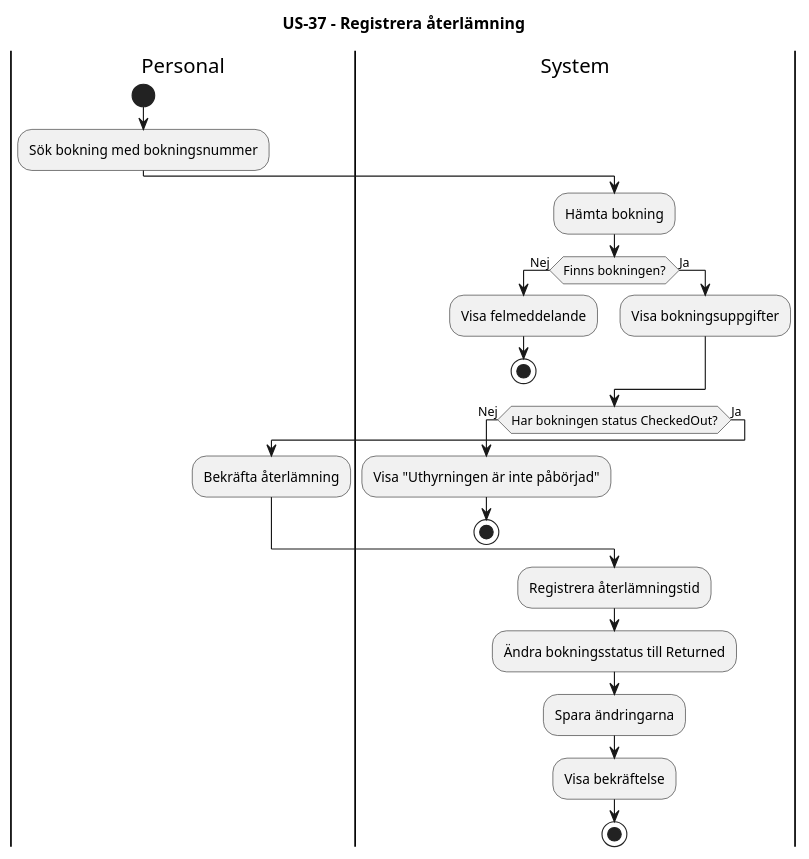
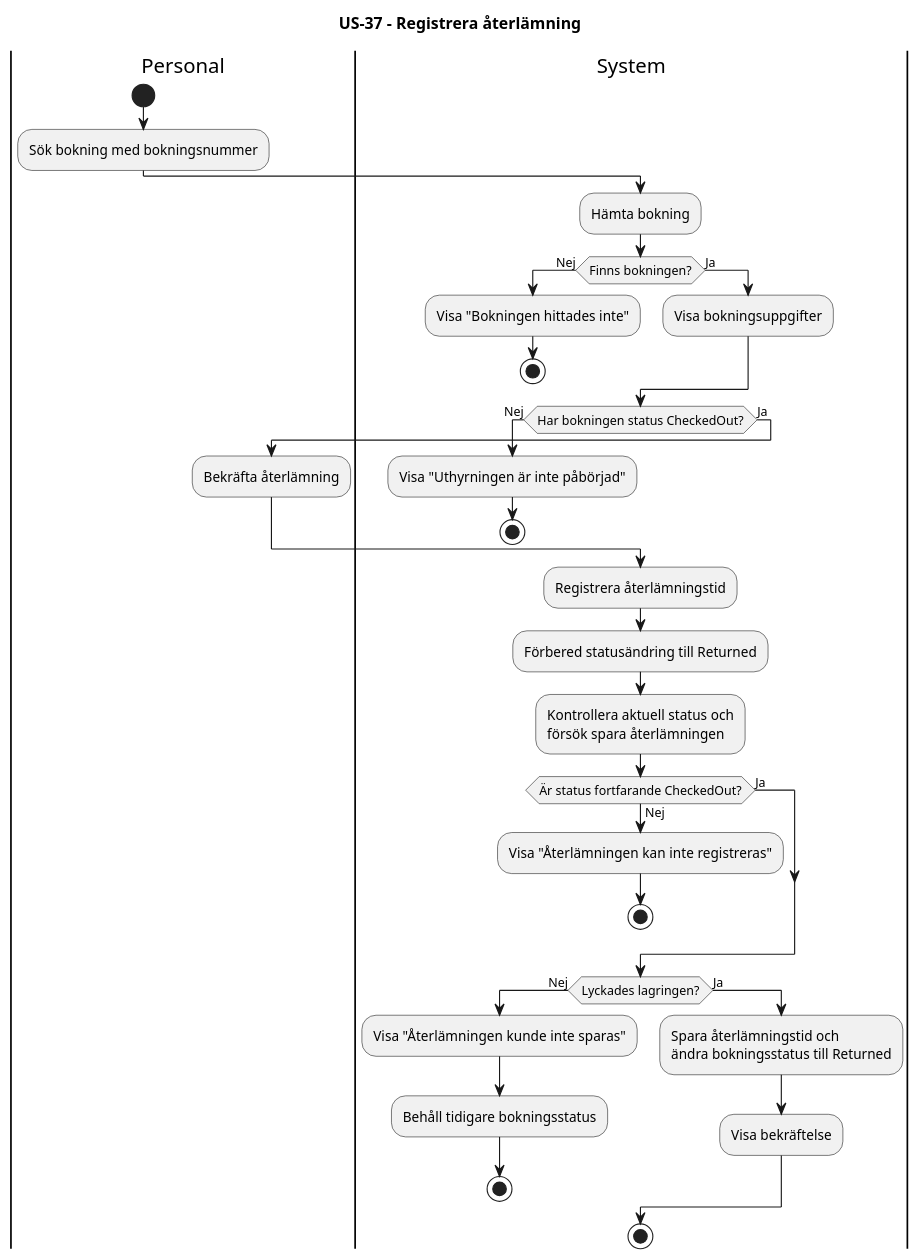
One commit to Peida-lab/SXX-BookingSystem-Individual changed the diagram in SXX.BookingSystem/docs/uml/US-37-aktivitetsdiagram.puml. Above: the diagram before and after it, drawn with PlantUML. The commit also changed other lines of this file, not shown here.

Commit message:
Improve US-37 activity diagram with error handling

```diff
--- a/SXX.BookingSystem/docs/uml/US-37-aktivitetsdiagram.puml
+++ b/SXX.BookingSystem/docs/uml/US-37-aktivitetsdiagram.puml
@@ -1,33 +2,50 @@
 @startuml
 title US-37 - Registrera återlämning
 
 |Personal|
 start
 :Sök bokning med bokningsnummer;
 
 |System|
 :Hämta bokning;
 
 if (Finns bokningen?) then (Nej)
-  :Visa felmeddelande;
+  :Visa "Bokningen hittades inte";
   stop
 else (Ja)
   :Visa bokningsuppgifter;
 endif
 
 if (Har bokningen status CheckedOut?) then (Nej)
   :Visa "Uthyrningen är inte påbörjad";
   stop
 else (Ja)
   |Personal|
   :Bekräfta återlämning;
 endif
 
 |System|
 :Registrera återlämningstid;
-:Ändra bokningsstatus till Returned;
-:Spara ändringarna;
-:Visa bekräftelse;
+:Förbered statusändring till Returned;
+
+:Kontrollera aktuell status och
+försök spara återlämningen;
+
+if (Är status fortfarande CheckedOut?) then (Nej)
+  :Visa "Återlämningen kan inte registreras";
+  stop
+else (Ja)
+endif
+
+if (Lyckades lagringen?) then (Nej)
+  :Visa "Återlämningen kunde inte sparas";
+  :Behåll tidigare bokningsstatus;
+  stop
+else (Ja)
+  :Spara återlämningstid och
+ändra bokningsstatus till Returned;
+  :Visa bekräftelse;
+endif
 
 stop
 @enduml
```
